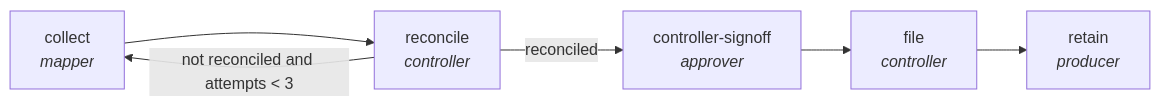
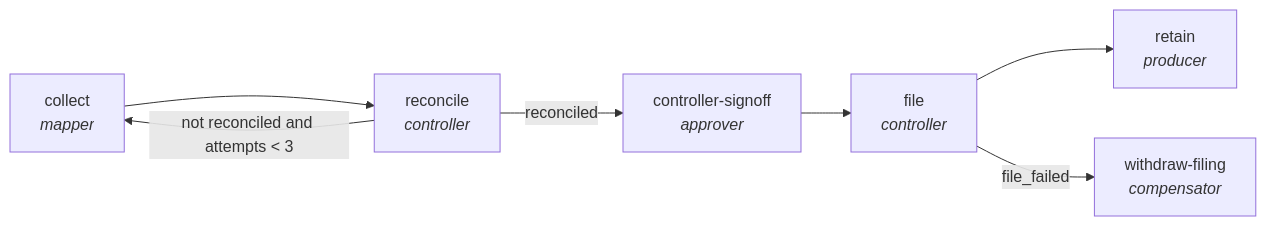
One commit to ypollak2/agenticgraphs changed the diagram in docs/traces/regulatory-filing-lifecycle.md. Above: the diagram before and after it, drawn with Mermaid. The commit also changed 57 other files, not shown here.

````diff
--- a/docs/traces/regulatory-filing-lifecycle.md
+++ b/docs/traces/regulatory-filing-lifecycle.md
@@ -10,13 +10,15 @@
 ```mermaid
 flowchart LR
     N0["collect<br/><i>mapper</i>"]
     N1["reconcile<br/><i>controller</i>"]
     N2["controller-signoff<br/><i>approver</i>"]
     N3["file<br/><i>controller</i>"]
     N4["retain<br/><i>producer</i>"]
+    N5["withdraw-filing<br/><i>compensator</i>"]
     N0 --> N1
     N1 -->|not reconciled and attempts < 3| N0
     N1 -->|reconciled| N2
     N2 --> N3
     N3 --> N4
+    N3 -->|file_failed| N5
 ```
````
